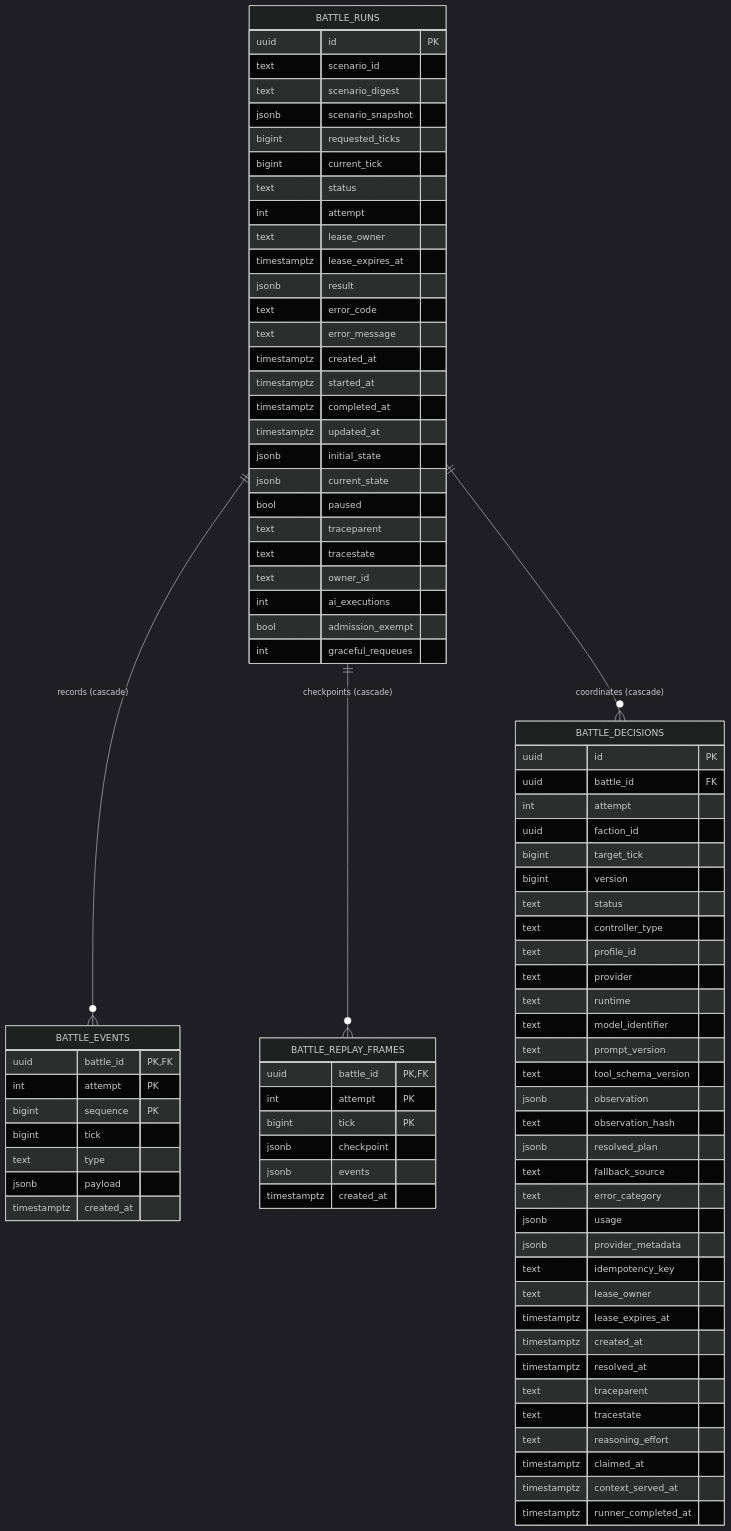
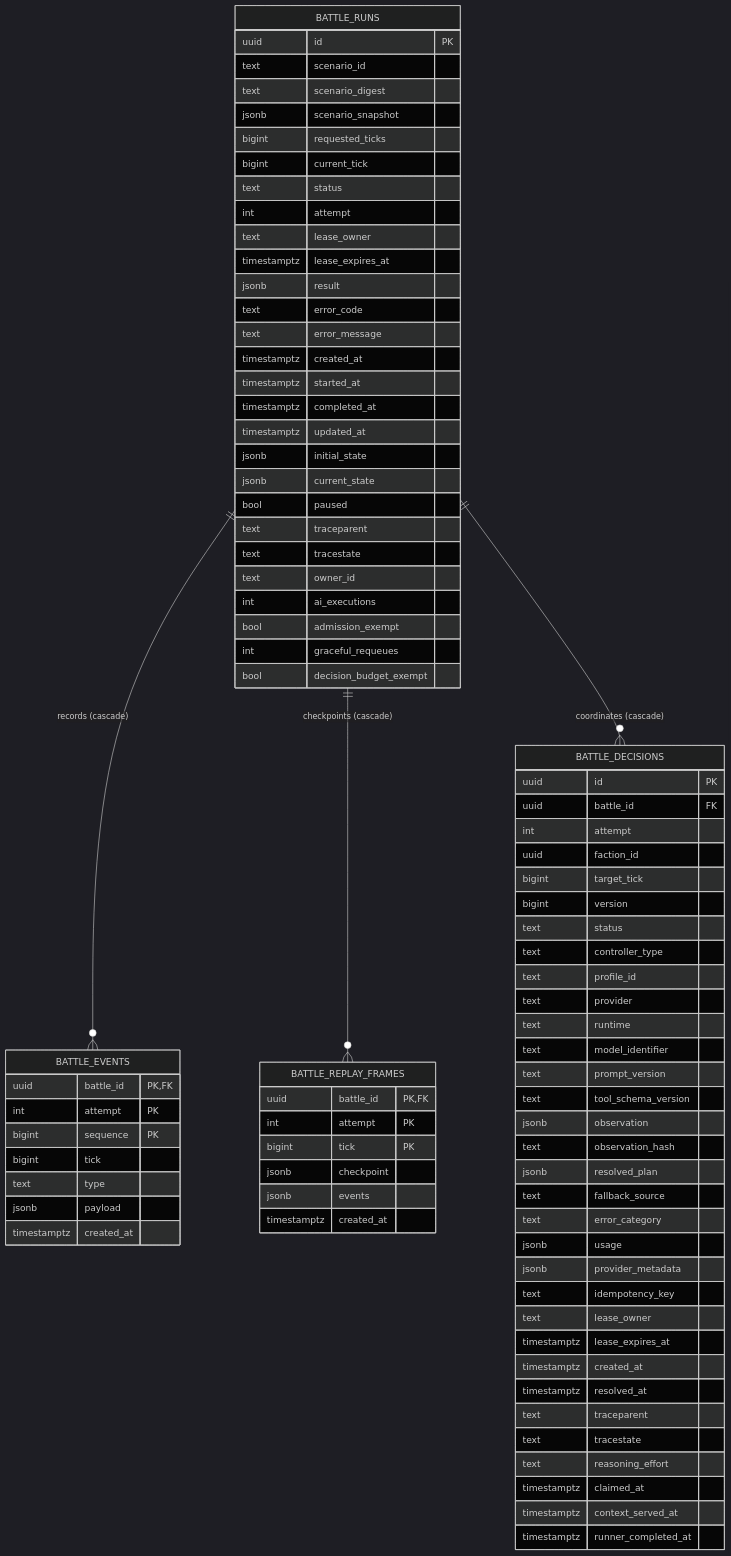
The first of 4 diagrams in docs/architecture/database.md (twhAuto/autonomous_battlefield), drawn with Mermaid (dark theme) before and after one commit. The commit also changed other lines of this file and 35 other files, not shown here.

```diff
--- a/docs/architecture/database.md
+++ b/docs/architecture/database.md
@@ -112,6 +116,7 @@
         int ai_executions
         bool admission_exempt
         int graceful_requeues
+        bool decision_budget_exempt
     }
     BATTLE_EVENTS {
         uuid battle_id PK,FK
```
